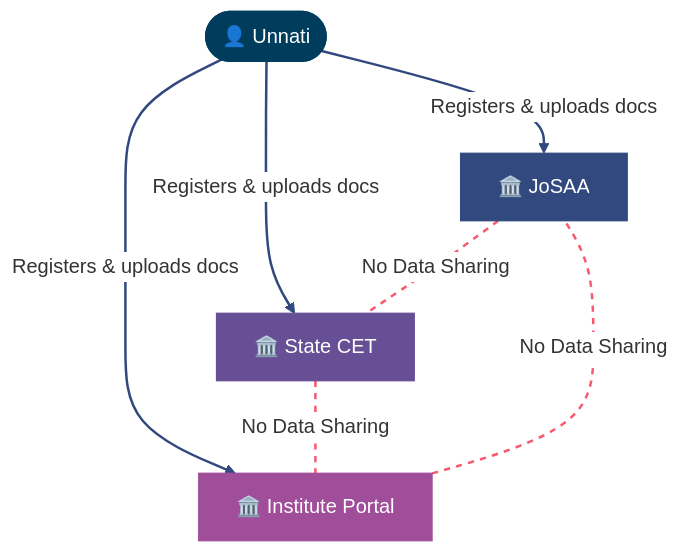
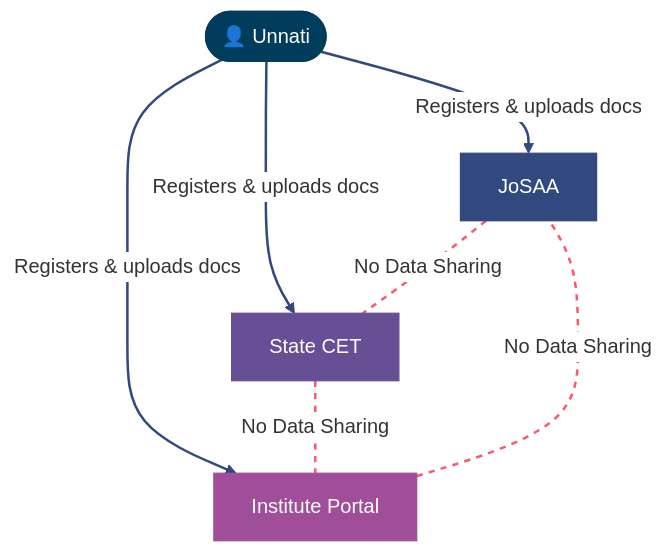
One commit to aashrutsharma/whitepaper changed the first of 3 diagrams in the-problem/what-superadmission-actually-changes.mdx. Above: the diagram before and after it, drawn with Mermaid. The commit also changed 13 other files, not shown here.

````diff
--- a/the-problem/what-superadmission-actually-changes.mdx
+++ b/the-problem/what-superadmission-actually-changes.mdx
@@ -17,31 +17,31 @@
 ```mermaid
 %%{init: {
   'theme': 'base',
   'themeVariables': {
     'background': 'transparent',
     'fontFamily': 'ui-sans-serif, system-ui, -apple-system, sans-serif',
     'lineColor': '#31497e',
     'edgeLabelBackground': '#ffffff'
   }
 }}%%
 flowchart TD
     U(["👤 Unnati"])
     
-    U -->|Registers & uploads docs| J["🏛️ JoSAA"]
-    U -->|Registers & uploads docs| S["🏛️ State CET"]
-    U -->|Registers & uploads docs| I["🏛️ Institute Portal"]
+    U -->|Registers & uploads docs| J[" JoSAA"]
+    U -->|Registers & uploads docs| S[" State CET"]
+    U -->|Registers & uploads docs| I[" Institute Portal"]
 
     J -.-|No Data Sharing| S
     S -.-|No Data Sharing| I
     I -.-|No Data Sharing| J
 
     %% Node Styling
     style U fill:#003d5c,stroke:#003d5c,color:#ffffff,stroke-width:2px
     style J fill:#31497e,stroke:#31497e,color:#ffffff,stroke-width:1px
     style S fill:#674f95,stroke:#674f95,color:#ffffff,stroke-width:1px
     style I fill:#a14e9a,stroke:#a14e9a,color:#ffffff,stroke-width:1px
 
     %% Link Styling
     linkStyle 0,1,2 stroke:#31497e,stroke-width:2px
     linkStyle 3,4,5 stroke:#f9596f,stroke-width:2px,stroke-dasharray: 5 5
 ```
````
